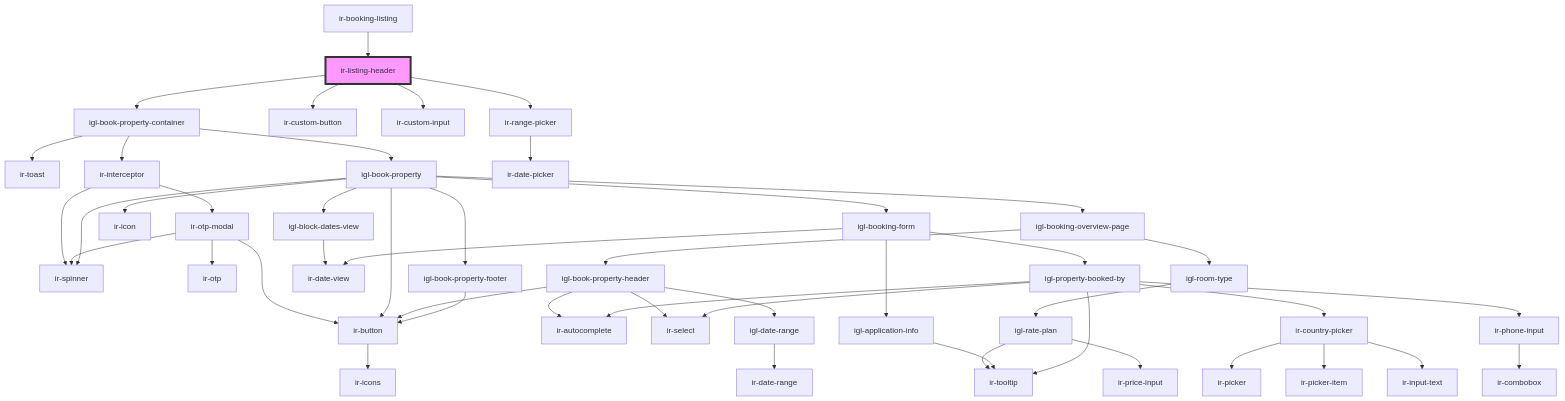
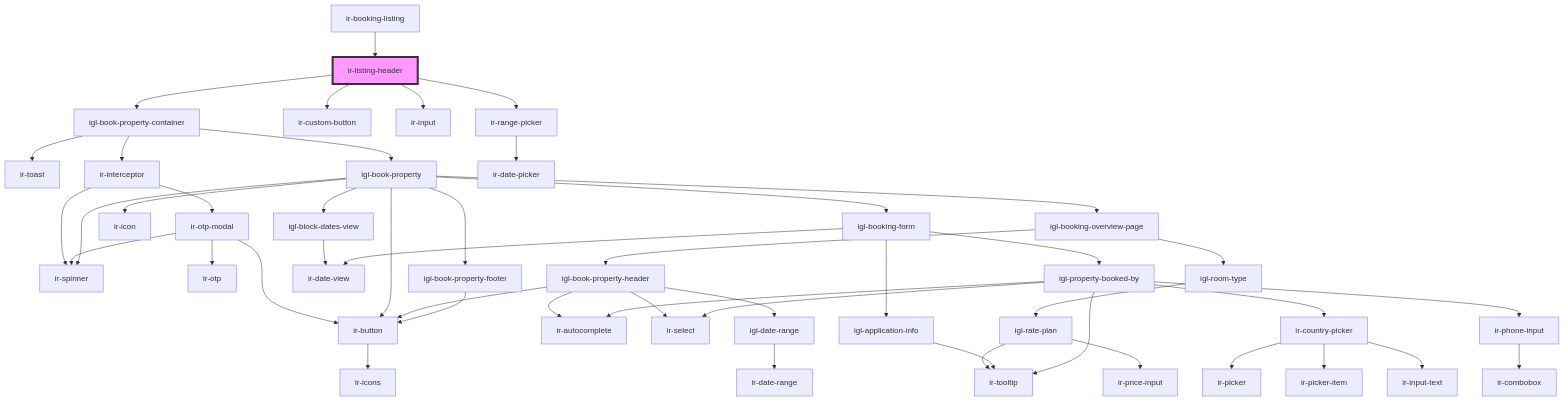
The diagram in src/components/ir-booking-listing/ir-listing-header/readme.md (David1Chowaifaty/modified-ir-webcmp), drawn with Mermaid before and after one commit. The commit also changed other lines of this file and 38 other files, not shown here.

````diff
--- a/src/components/ir-booking-listing/ir-listing-header/readme.md
+++ b/src/components/ir-booking-listing/ir-listing-header/readme.md
@@ -38,51 +38,51 @@
 ```mermaid
 graph TD;
   ir-listing-header --> igl-book-property-container
   ir-listing-header --> ir-custom-button
-  ir-listing-header --> ir-custom-input
+  ir-listing-header --> ir-input
   ir-listing-header --> ir-range-picker
   igl-book-property-container --> ir-toast
   igl-book-property-container --> ir-interceptor
   igl-book-property-container --> igl-book-property
   ir-interceptor --> ir-spinner
   ir-interceptor --> ir-otp-modal
   ir-otp-modal --> ir-spinner
   ir-otp-modal --> ir-otp
   ir-otp-modal --> ir-button
   ir-button --> ir-icons
   igl-book-property --> igl-block-dates-view
   igl-book-property --> ir-spinner
   igl-book-property --> ir-icon
   igl-book-property --> igl-booking-overview-page
   igl-book-property --> igl-booking-form
   igl-book-property --> ir-button
   igl-book-property --> igl-book-property-footer
   igl-block-dates-view --> ir-date-view
   igl-booking-overview-page --> igl-book-property-header
   igl-booking-overview-page --> igl-room-type
   igl-book-property-header --> ir-autocomplete
   igl-book-property-header --> ir-select
   igl-book-property-header --> ir-button
   igl-book-property-header --> igl-date-range
   igl-date-range --> ir-date-range
   igl-room-type --> igl-rate-plan
   igl-rate-plan --> ir-tooltip
   igl-rate-plan --> ir-price-input
   igl-booking-form --> ir-date-view
   igl-booking-form --> igl-application-info
   igl-booking-form --> igl-property-booked-by
   igl-application-info --> ir-tooltip
   igl-property-booked-by --> ir-autocomplete
   igl-property-booked-by --> ir-tooltip
   igl-property-booked-by --> ir-country-picker
   igl-property-booked-by --> ir-phone-input
   igl-property-booked-by --> ir-select
   ir-country-picker --> ir-picker
   ir-country-picker --> ir-picker-item
   ir-country-picker --> ir-input-text
   ir-phone-input --> ir-combobox
   igl-book-property-footer --> ir-button
   ir-range-picker --> ir-date-picker
   ir-booking-listing --> ir-listing-header
   style ir-listing-header fill:#f9f,stroke:#333,stroke-width:4px
 ```
````
